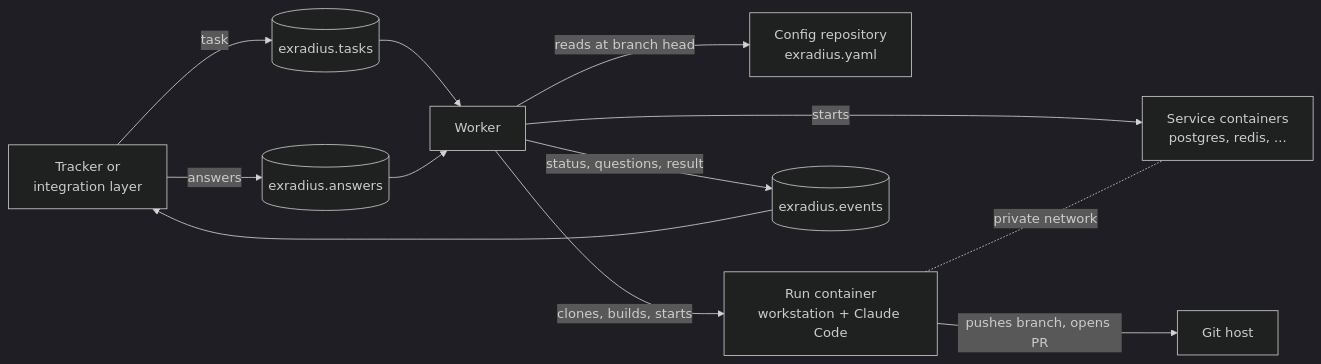
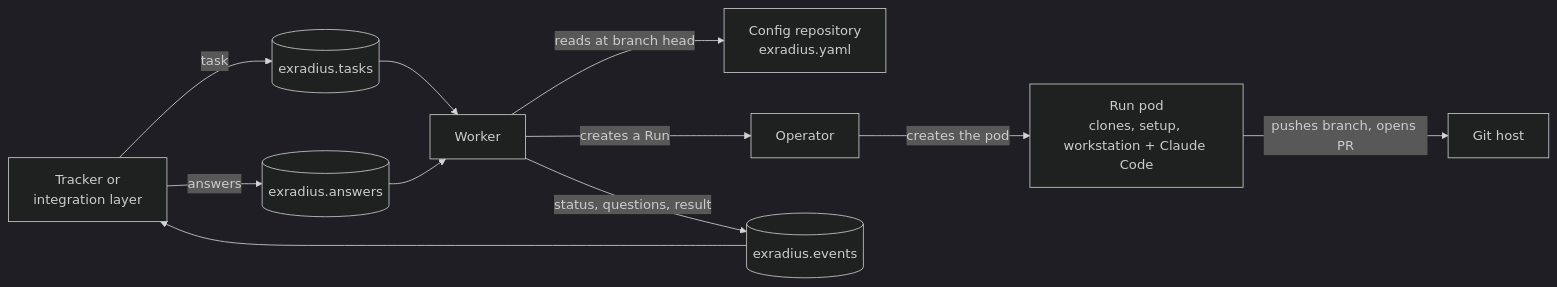
The diagram in README.md (musabeytekin/exradius), drawn with Mermaid (dark theme) before and after one commit. The commit also changed other lines of this file and 7 other files, not shown here.

````diff
--- a/README.md
+++ b/README.md
@@ -35,14 +35,13 @@
 ```mermaid
 flowchart LR
     tracker["Tracker or<br/>integration layer"] -- task --> tasks[("exradius.tasks")]
     tasks --> worker["Worker"]
     worker -- reads at branch head --> config["Config repository<br/>exradius.yaml"]
-    worker -- clones, builds, starts --> run["Run container<br/>workstation + Claude Code"]
-    worker -- starts --> services["Service containers<br/>postgres, redis, ..."]
-    run -. private network .- services
+    worker -- creates a Run --> operator["Operator"]
+    operator -- creates the pod --> run["Run pod<br/>clones, setup, workstation + Claude Code"]
     run -- pushes branch, opens PR --> git["Git host"]
     worker -- status, questions, result --> events[("exradius.events")]
     events --> tracker
     tracker -- answers --> answers[("exradius.answers")]
     answers --> worker
 ```
````
